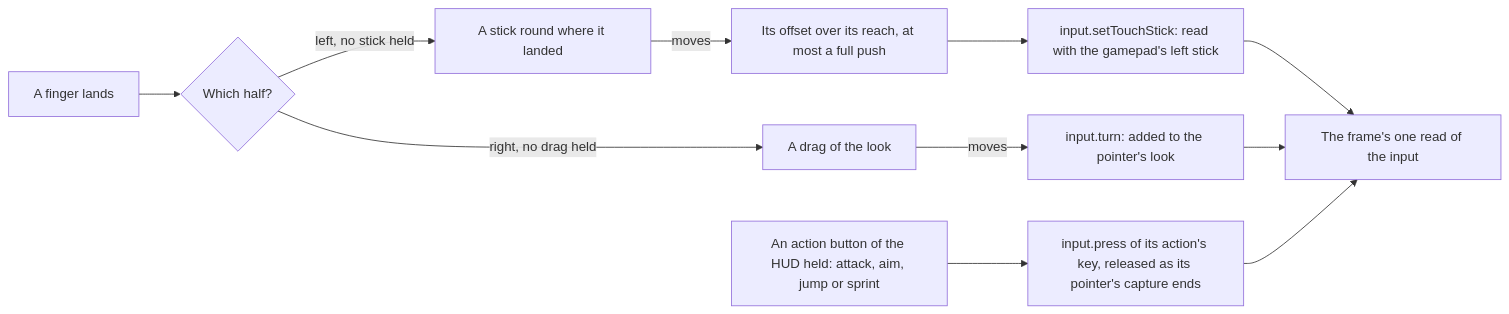
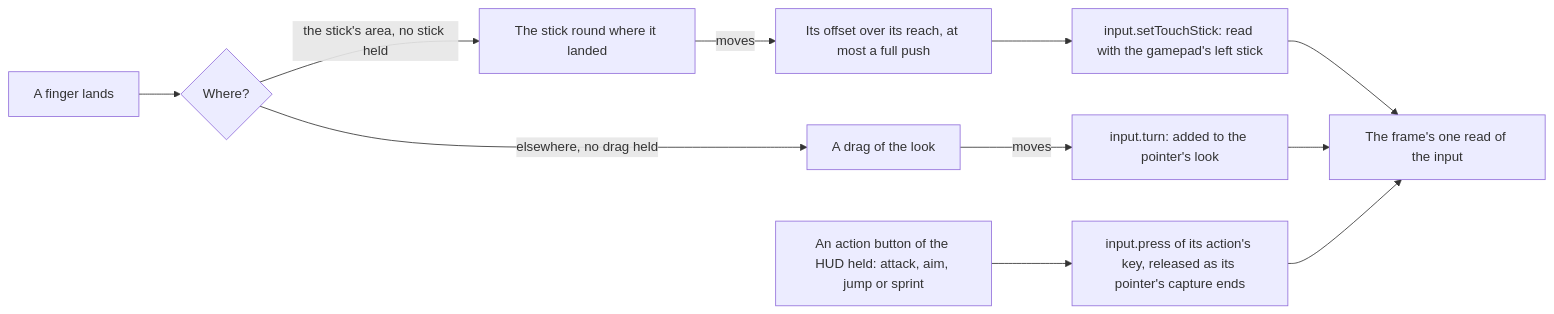
One commit to Esposter/Esposter changed the diagram in apps/web/content/docs/genshin/touch-controls.md. Above: the diagram before and after it, drawn with Mermaid. The commit also changed other lines of this file and 8 other files, not shown here.

````diff
--- a/apps/web/content/docs/genshin/touch-controls.md
+++ b/apps/web/content/docs/genshin/touch-controls.md
@@ -12,13 +12,13 @@
 ```mermaid
 flowchart LR
-  DOWN["A finger lands"] --> HALF{"Which half?"}
-  HALF -->|"left, no stick held"| STICK["A stick round where it landed"]
-  HALF -->|"right, no drag held"| DRAG["A drag of the look"]
+  DOWN["A finger lands"] --> WHERE{"Where?"}
+  WHERE -->|"the stick's area, no stick held"| STICK["The stick round where it landed"]
+  WHERE -->|"elsewhere, no drag held"| DRAG["A drag of the look"]
   STICK -->|"moves"| AXES["Its offset over its reach, at most a full push"]
   AXES --> SET["input.setTouchStick: read with the gamepad's left stick"]
   DRAG -->|"moves"| TURN["input.turn: added to the pointer's look"]
   JUMP["An action button of the HUD held: attack, aim, jump or sprint"] --> PRESS["input.press of its action's key, released as its pointer's capture ends"]
   SET --> READ["The frame's one read of the input"]
   TURN --> READ
   PRESS --> READ
 ```
````
